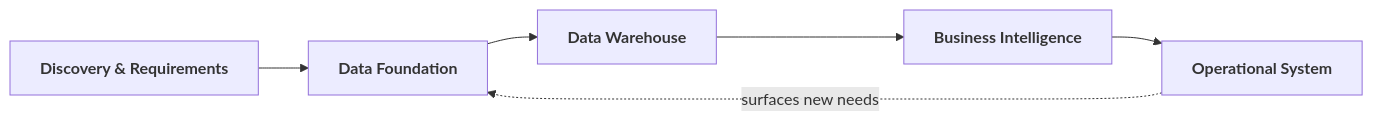
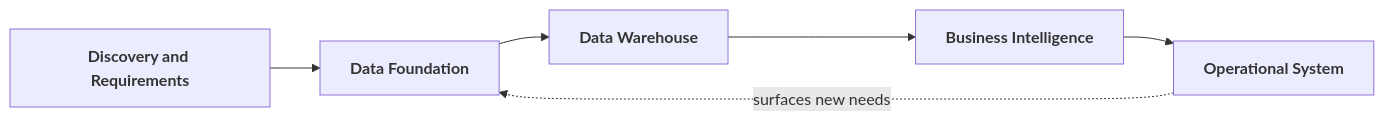
The first of 2 diagrams in README.md (arohit-talari/lakshira-inventory-management-system), drawn with Mermaid before and after one commit. The commit also changed other lines of this file and 1 other file, not shown here.

First line of the commit message:
Finish converting ampersand to 'and' across remaining Discovery & Requirements and analytics instances

````diff
--- a/README.md
+++ b/README.md
@@ -11,8 +11,8 @@
 ```mermaid
 flowchart LR
-    A["`**Discovery &amp; Requirements**`"] --> B["`**Data Foundation**`"]
+    A["`**Discovery and Requirements**`"] --> B["`**Data Foundation**`"]
     B --> C["`**Data Warehouse**`"]
     C --> D["`**Business Intelligence**`"]
     D --> E["`**Operational System**`"]
     E -.->|surfaces new needs| B
 ```
````
